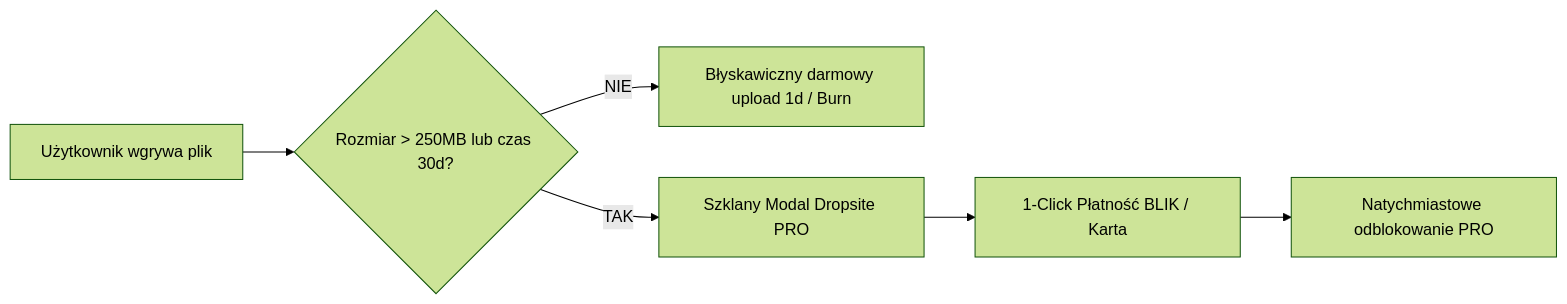
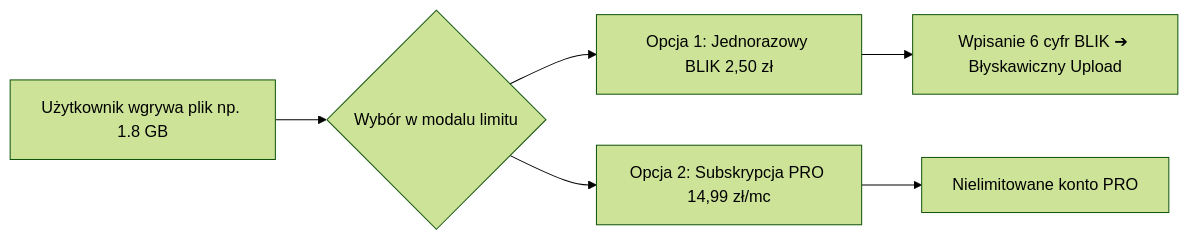
The first of 2 diagrams in MONETYZACJA_PLAN.md (7zeks/dropsite), drawn with Mermaid (forest theme) before and after one commit. The commit also changed other lines of this file and 6 other files, not shown here.

````diff
--- a/MONETYZACJA_PLAN.md
+++ b/MONETYZACJA_PLAN.md
@@ -49,8 +57,8 @@
 ```mermaid
 flowchart LR
-    A[Użytkownik wgrywa plik] --> B{Rozmiar > 250MB lub czas 30d?}
-    B -- NIE --> C[Błyskawiczny darmowy upload 1d / Burn]
-    B -- TAK --> D[Szklany Modal Dropsite PRO]
-    D --> E[1-Click Płatność BLIK / Karta]
-    E --> F[Natychmiastowe odblokowanie PRO]
+    A[Użytkownik wgrywa plik np. 1.8 GB] --> B{Wybór w modalu limitu}
+    B --> C[Opcja 1: Jednorazowy BLIK 2,50 zł]
+    B --> D[Opcja 2: Subskrypcja PRO 14,99 zł/mc]
+    C --> E[Wpisanie 6 cyfr BLIK ➔ Błyskawiczny Upload]
+    D --> F[Nielimitowane konto PRO]
 ```
````
